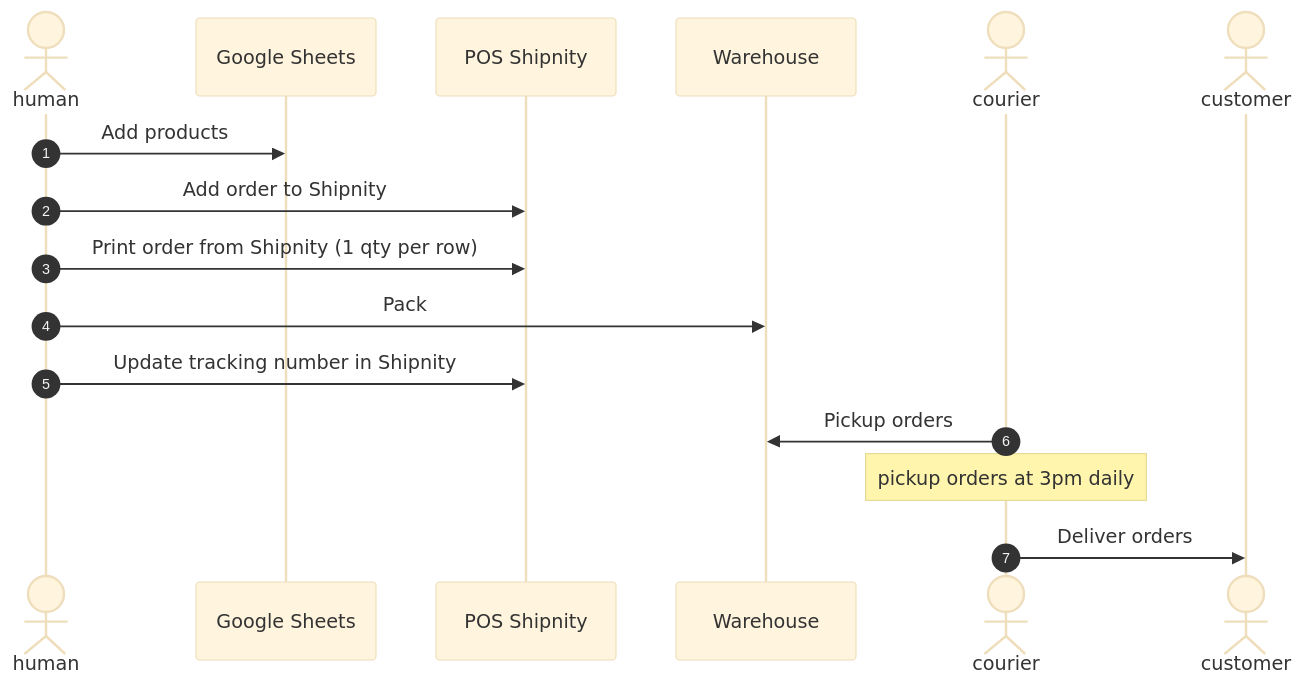
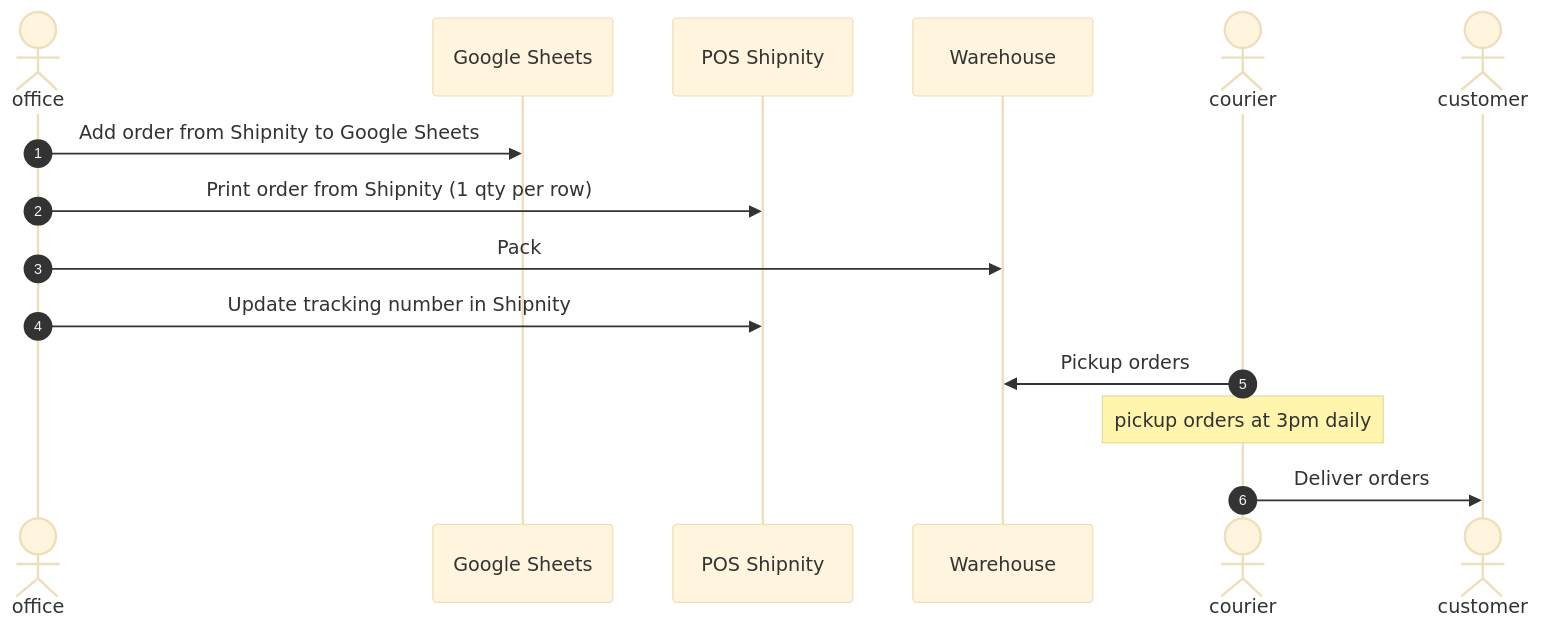
One commit to turboza/urthe-documentation changed the third of 3 diagrams in online-flow.md. Above: the diagram before and after it, drawn with Mermaid (base theme). The commit also changed other lines of this file and 1 other file, not shown here.

Commit message:
Update online and offline flow

````diff
--- a/online-flow.md
+++ b/online-flow.md
@@ -38,20 +53,19 @@
 ```mermaid
 sequenceDiagram
-    actor human
+    actor office
     participant Google Sheets
     participant POS Shipnity
     participant Warehouse
     actor courier
     actor customer
 
     autonumber
 
-    human->>Google Sheets: Add products
-    human->>POS Shipnity: Add order to Shipnity
-    human->>POS Shipnity: Print order from Shipnity (1 qty per row)
-    human->>Warehouse: Pack
-    human->>POS Shipnity: Update tracking number in Shipnity
+    office->>Google Sheets: Add order from Shipnity to Google Sheets
+    office->>POS Shipnity: Print order from Shipnity (1 qty per row)
+    office->>Warehouse: Pack
+    office->>POS Shipnity: Update tracking number in Shipnity
     courier->>Warehouse: Pickup orders
     Note over courier: pickup orders at 3pm daily
     courier->>customer: Deliver orders
 ```
````
